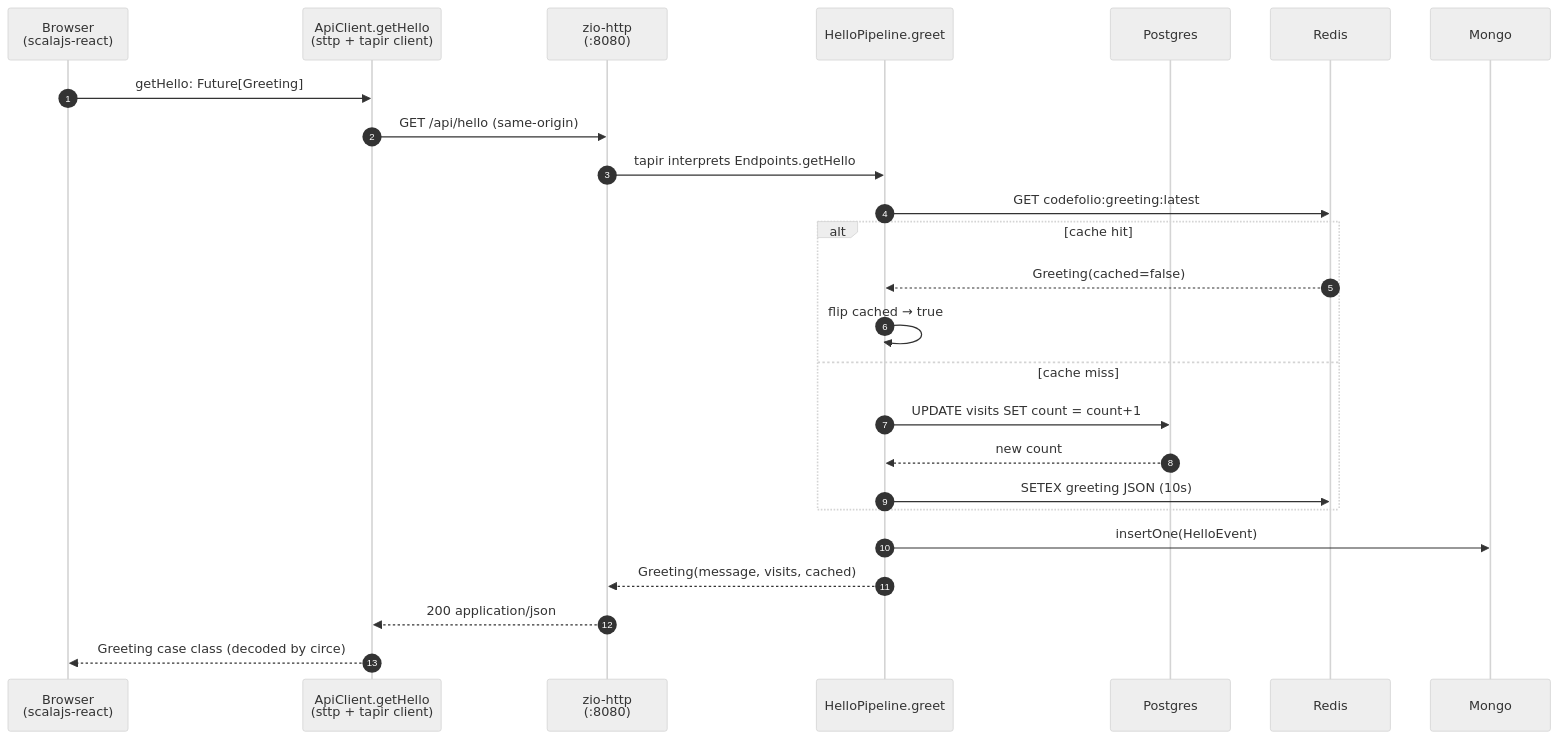
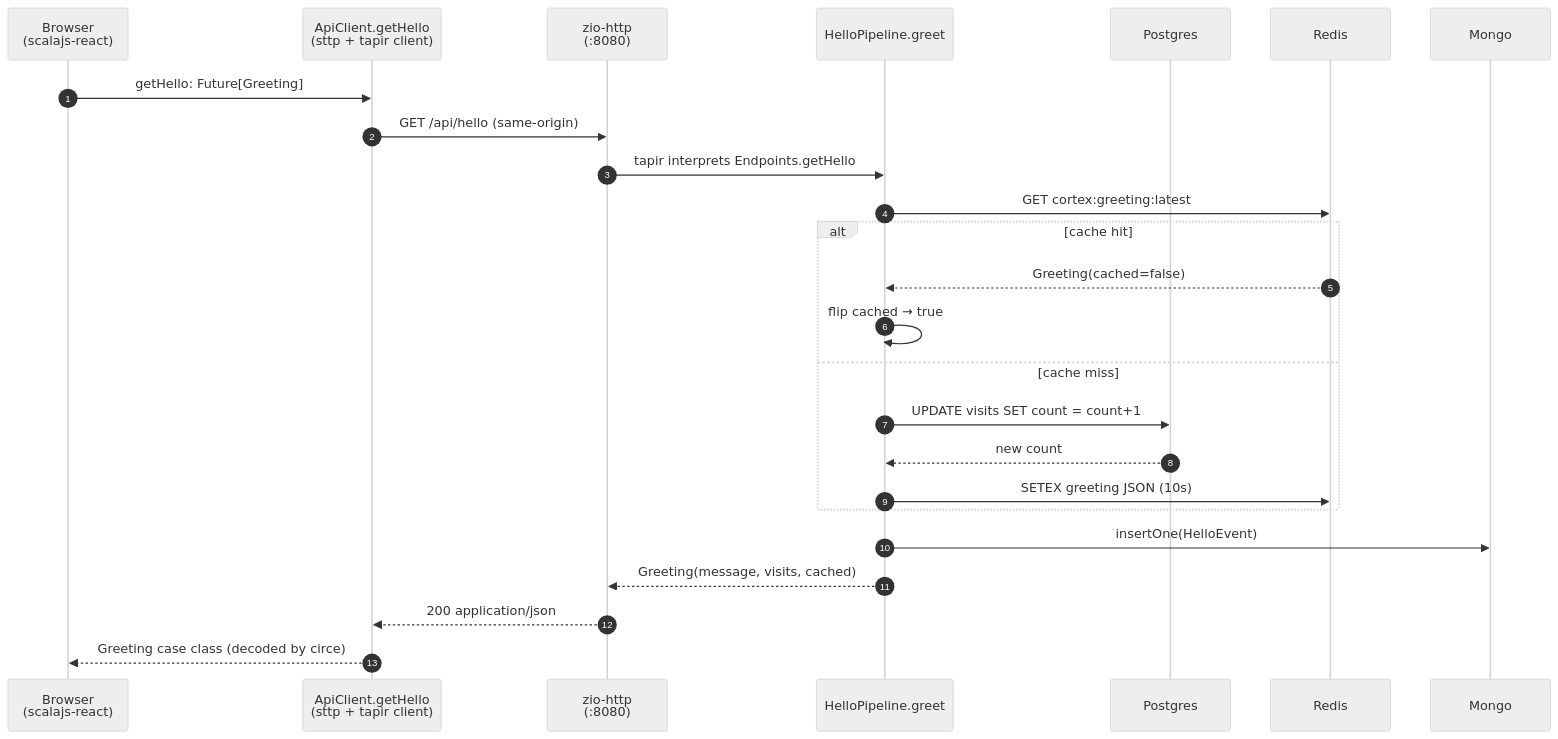
Before and after one commit to ani2fun/cortex: the third of 3 diagrams in content/cortex/cortex-onboarding/02-how-it-works/03-hello-world-end-to-end.md, drawn with Mermaid (neutral theme). The commit also changed other lines of this file and 12 other files, not shown here.

````diff
--- a/content/cortex/cortex-onboarding/02-how-it-works/03-hello-world-end-to-end.md
+++ b/content/cortex/cortex-onboarding/02-how-it-works/03-hello-world-end-to-end.md
@@ -240,28 +240,28 @@
 ```mermaid
 sequenceDiagram
   autonumber
   participant Br as Browser<br/>(scalajs-react)
   participant Ac as ApiClient.getHello<br/>(sttp + tapir client)
   participant Sv as zio-http<br/>(:8080)
   participant Hp as HelloPipeline.greet
   participant Pg as Postgres
   participant Re as Redis
   participant Mg as Mongo
 
   Br->>Ac: getHello: Future[Greeting]
   Ac->>Sv: GET /api/hello (same-origin)
   Sv->>Hp: tapir interprets Endpoints.getHello
-  Hp->>Re: GET codefolio:greeting:latest
+  Hp->>Re: GET cortex:greeting:latest
   alt cache hit
     Re-->>Hp: Greeting(cached=false)
     Hp->>Hp: flip cached → true
   else cache miss
     Hp->>Pg: UPDATE visits SET count = count+1
     Pg-->>Hp: new count
     Hp->>Re: SETEX greeting JSON (10s)
   end
   Hp->>Mg: insertOne(HelloEvent)
   Hp-->>Sv: Greeting(message, visits, cached)
   Sv-->>Ac: 200 application/json
   Ac-->>Br: Greeting case class (decoded by circe)
 ```
````
